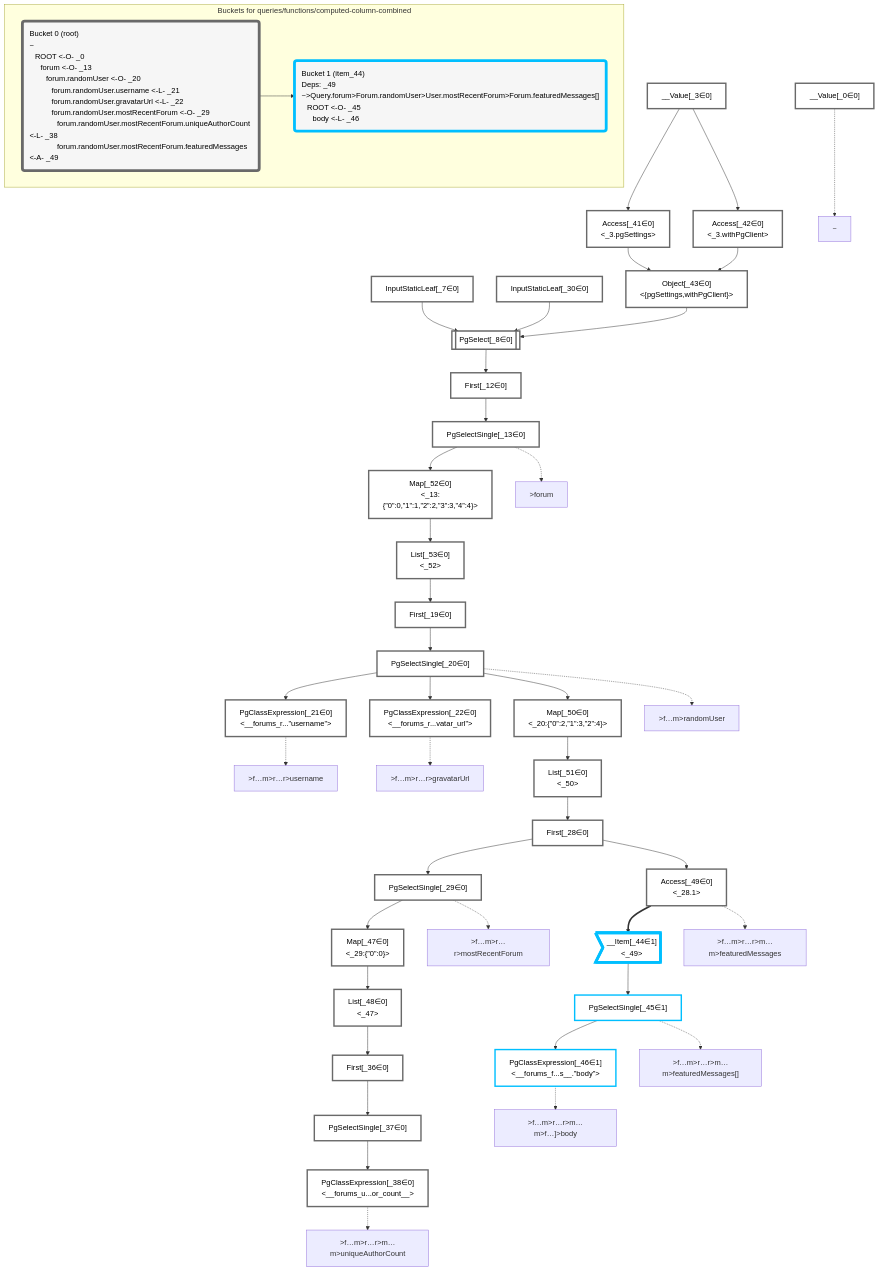
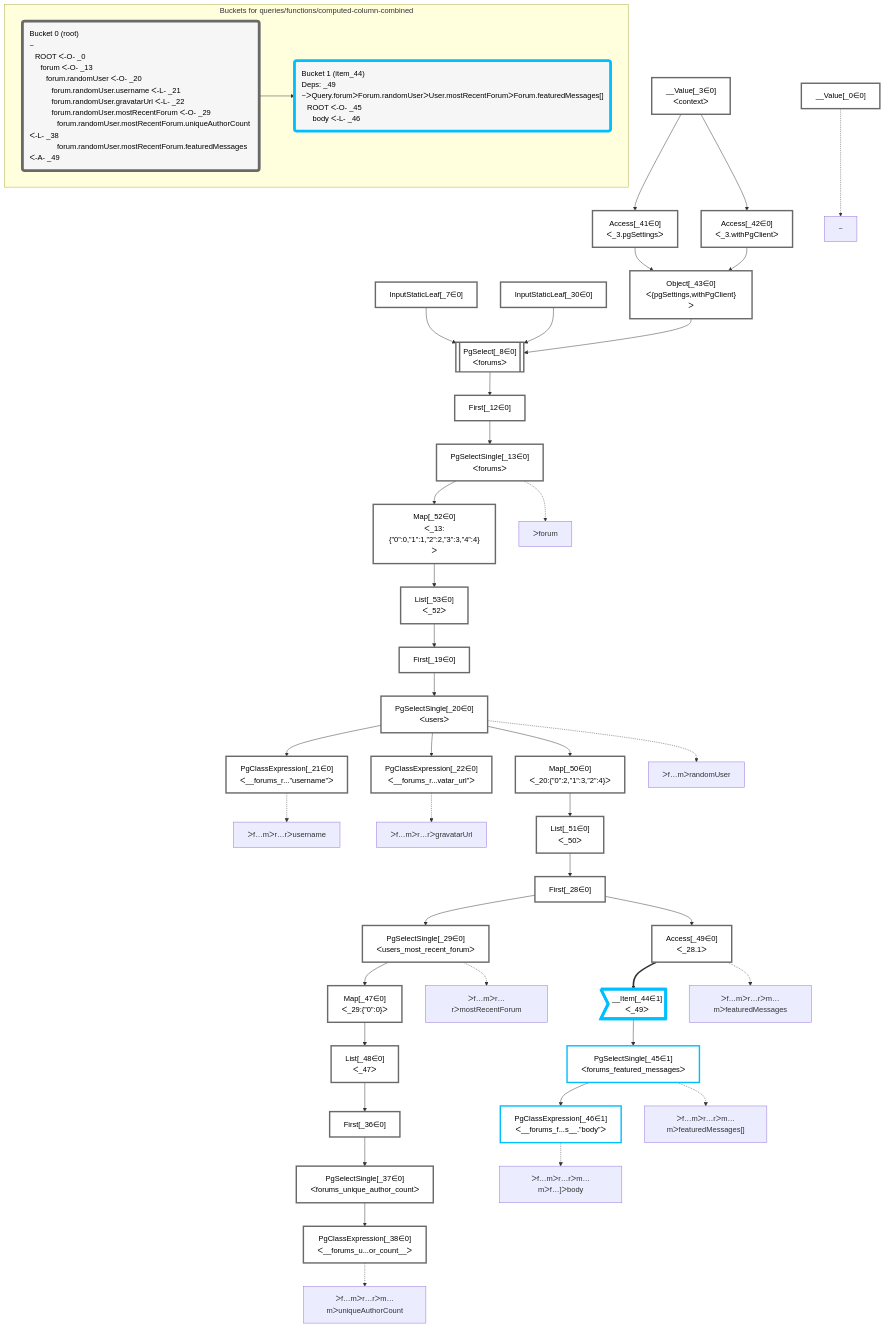
Before and after one commit to graphile/crystal: the diagram in packages/dataplan-pg/__tests__/queries/functions/computed-column-combined.mermaid.md, drawn with Mermaid. The commit also changed 195 other files, not shown here.

```diff
--- a/packages/dataplan-pg/__tests__/queries/functions/computed-column-combined.mermaid.md
+++ b/packages/dataplan-pg/__tests__/queries/functions/computed-column-combined.mermaid.md
@@ -9,34 +9,34 @@
 
     %% define plans
     __Value_0["__Value[_0∈0]"]:::plan
-    __Value_3["__Value[_3∈0]<br /><context>"]:::plan
+    __Value_3["__Value[_3∈0]<br />ᐸcontextᐳ"]:::plan
     InputStaticLeaf_7["InputStaticLeaf[_7∈0]"]:::plan
-    PgSelect_8[["PgSelect[_8∈0]<br /><forums>"]]:::plan
+    PgSelect_8[["PgSelect[_8∈0]<br />ᐸforumsᐳ"]]:::plan
     First_12["First[_12∈0]"]:::plan
-    PgSelectSingle_13["PgSelectSingle[_13∈0]<br /><forums>"]:::plan
+    PgSelectSingle_13["PgSelectSingle[_13∈0]<br />ᐸforumsᐳ"]:::plan
     First_19["First[_19∈0]"]:::plan
-    PgSelectSingle_20["PgSelectSingle[_20∈0]<br /><users>"]:::plan
-    PgClassExpression_21["PgClassExpression[_21∈0]<br /><__forums_r...”username”>"]:::plan
-    PgClassExpression_22["PgClassExpression[_22∈0]<br /><__forums_r...vatar_url”>"]:::plan
+    PgSelectSingle_20["PgSelectSingle[_20∈0]<br />ᐸusersᐳ"]:::plan
+    PgClassExpression_21["PgClassExpression[_21∈0]<br />ᐸ__forums_r...”username”ᐳ"]:::plan
+    PgClassExpression_22["PgClassExpression[_22∈0]<br />ᐸ__forums_r...vatar_url”ᐳ"]:::plan
     First_28["First[_28∈0]"]:::plan
-    PgSelectSingle_29["PgSelectSingle[_29∈0]<br /><users_most_recent_forum>"]:::plan
+    PgSelectSingle_29["PgSelectSingle[_29∈0]<br />ᐸusers_most_recent_forumᐳ"]:::plan
     InputStaticLeaf_30["InputStaticLeaf[_30∈0]"]:::plan
     First_36["First[_36∈0]"]:::plan
-    PgSelectSingle_37["PgSelectSingle[_37∈0]<br /><forums_unique_author_count>"]:::plan
-    PgClassExpression_38["PgClassExpression[_38∈0]<br /><__forums_u...or_count__>"]:::plan
-    Access_41["Access[_41∈0]<br /><_3.pgSettings>"]:::plan
-    Access_42["Access[_42∈0]<br /><_3.withPgClient>"]:::plan
-    Object_43["Object[_43∈0]<br /><{pgSettings,withPgClient}>"]:::plan
-    __Item_44>"__Item[_44∈1]<br /><_49>"]:::itemplan
-    PgSelectSingle_45["PgSelectSingle[_45∈1]<br /><forums_featured_messages>"]:::plan
-    PgClassExpression_46["PgClassExpression[_46∈1]<br /><__forums_f...s__.”body”>"]:::plan
-    Map_47["Map[_47∈0]<br /><_29:{”0”:0}>"]:::plan
-    List_48["List[_48∈0]<br /><_47>"]:::plan
-    Access_49["Access[_49∈0]<br /><_28.1>"]:::plan
-    Map_50["Map[_50∈0]<br /><_20:{”0”:2,”1”:3,”2”:4}>"]:::plan
-    List_51["List[_51∈0]<br /><_50>"]:::plan
-    Map_52["Map[_52∈0]<br /><_13:{”0”:0,”1”:1,”2”:2,”3”:3,”4”:4}>"]:::plan
-    List_53["List[_53∈0]<br /><_52>"]:::plan
+    PgSelectSingle_37["PgSelectSingle[_37∈0]<br />ᐸforums_unique_author_countᐳ"]:::plan
+    PgClassExpression_38["PgClassExpression[_38∈0]<br />ᐸ__forums_u...or_count__ᐳ"]:::plan
+    Access_41["Access[_41∈0]<br />ᐸ_3.pgSettingsᐳ"]:::plan
+    Access_42["Access[_42∈0]<br />ᐸ_3.withPgClientᐳ"]:::plan
+    Object_43["Object[_43∈0]<br />ᐸ{pgSettings,withPgClient}ᐳ"]:::plan
+    __Item_44>"__Item[_44∈1]<br />ᐸ_49ᐳ"]:::itemplan
+    PgSelectSingle_45["PgSelectSingle[_45∈1]<br />ᐸforums_featured_messagesᐳ"]:::plan
+    PgClassExpression_46["PgClassExpression[_46∈1]<br />ᐸ__forums_f...s__.”body”ᐳ"]:::plan
+    Map_47["Map[_47∈0]<br />ᐸ_29:{”0”:0}ᐳ"]:::plan
+    List_48["List[_48∈0]<br />ᐸ_47ᐳ"]:::plan
+    Access_49["Access[_49∈0]<br />ᐸ_28.1ᐳ"]:::plan
+    Map_50["Map[_50∈0]<br />ᐸ_20:{”0”:2,”1”:3,”2”:4}ᐳ"]:::plan
+    List_51["List[_51∈0]<br />ᐸ_50ᐳ"]:::plan
+    Map_52["Map[_52∈0]<br />ᐸ_13:{”0”:0,”1”:1,”2”:2,”3”:3,”4”:4}ᐳ"]:::plan
+    List_53["List[_53∈0]<br />ᐸ_52ᐳ"]:::plan
 
     %% plan dependencies
     Object_43 --> PgSelect_8
@@ -71,23 +71,23 @@
     %% plan-to-path relationships
     P_0["~"]
     __Value_0 -.-> P_0
-    P_13[">forum"]
+    P_13["ᐳforum"]
     PgSelectSingle_13 -.-> P_13
-    P_20[">f…m>randomUser"]
+    P_20["ᐳf…mᐳrandomUser"]
     PgSelectSingle_20 -.-> P_20
-    P_21[">f…m>r…r>username"]
+    P_21["ᐳf…mᐳr…rᐳusername"]
     PgClassExpression_21 -.-> P_21
-    P_22[">f…m>r…r>gravatarUrl"]
+    P_22["ᐳf…mᐳr…rᐳgravatarUrl"]
     PgClassExpression_22 -.-> P_22
-    P_29[">f…m>r…r>mostRecentForum"]
+    P_29["ᐳf…mᐳr…rᐳmostRecentForum"]
     PgSelectSingle_29 -.-> P_29
-    P_38[">f…m>r…r>m…m>uniqueAuthorCount"]
+    P_38["ᐳf…mᐳr…rᐳm…mᐳuniqueAuthorCount"]
     PgClassExpression_38 -.-> P_38
-    P_45[">f…m>r…r>m…m>featuredMessages[]"]
+    P_45["ᐳf…mᐳr…rᐳm…mᐳfeaturedMessages[]"]
     PgSelectSingle_45 -.-> P_45
-    P_46[">f…m>r…r>m…m>f…]>body"]
+    P_46["ᐳf…mᐳr…rᐳm…mᐳf…]ᐳbody"]
     PgClassExpression_46 -.-> P_46
-    P_49[">f…m>r…r>m…m>featuredMessages"]
+    P_49["ᐳf…mᐳr…rᐳm…mᐳfeaturedMessages"]
     Access_49 -.-> P_49
 
     %% allocate buckets
@@ -97,9 +97,9 @@
     class __Item_44,PgSelectSingle_45,PgClassExpression_46 bucket1
 
     subgraph "Buckets for queries/functions/computed-column-combined"
-    Bucket0("Bucket 0 (root)<br />~<br />⠀ROOT <-O- _0<br />⠀⠀forum <-O- _13<br />⠀⠀⠀forum.randomUser <-O- _20<br />⠀⠀⠀⠀forum.randomUser.username <-L- _21<br />⠀⠀⠀⠀forum.randomUser.gravatarUrl <-L- _22<br />⠀⠀⠀⠀forum.randomUser.mostRecentForum <-O- _29<br />⠀⠀⠀⠀⠀forum.randomUser.mostRecentForum.uniqueAuthorCount <-L- _38<br />⠀⠀⠀⠀⠀forum.randomUser.mostRecentForum.featuredMessages <-A- _49"):::bucket
+    Bucket0("Bucket 0 (root)<br />~<br />⠀ROOT ᐸ-O- _0<br />⠀⠀forum ᐸ-O- _13<br />⠀⠀⠀forum.randomUser ᐸ-O- _20<br />⠀⠀⠀⠀forum.randomUser.username ᐸ-L- _21<br />⠀⠀⠀⠀forum.randomUser.gravatarUrl ᐸ-L- _22<br />⠀⠀⠀⠀forum.randomUser.mostRecentForum ᐸ-O- _29<br />⠀⠀⠀⠀⠀forum.randomUser.mostRecentForum.uniqueAuthorCount ᐸ-L- _38<br />⠀⠀⠀⠀⠀forum.randomUser.mostRecentForum.featuredMessages ᐸ-A- _49"):::bucket
     style Bucket0 stroke:#696969
-    Bucket1("Bucket 1 (item_44)<br />Deps: _49<br />~>Query.forum>Forum.randomUser>User.mostRecentForum>Forum.featuredMessages[]<br />⠀ROOT <-O- _45<br />⠀⠀body <-L- _46"):::bucket
+    Bucket1("Bucket 1 (item_44)<br />Deps: _49<br />~ᐳQuery.forumᐳForum.randomUserᐳUser.mostRecentForumᐳForum.featuredMessages[]<br />⠀ROOT ᐸ-O- _45<br />⠀⠀body ᐸ-L- _46"):::bucket
     style Bucket1 stroke:#00bfff
     Bucket0 --> Bucket1
     end
```
